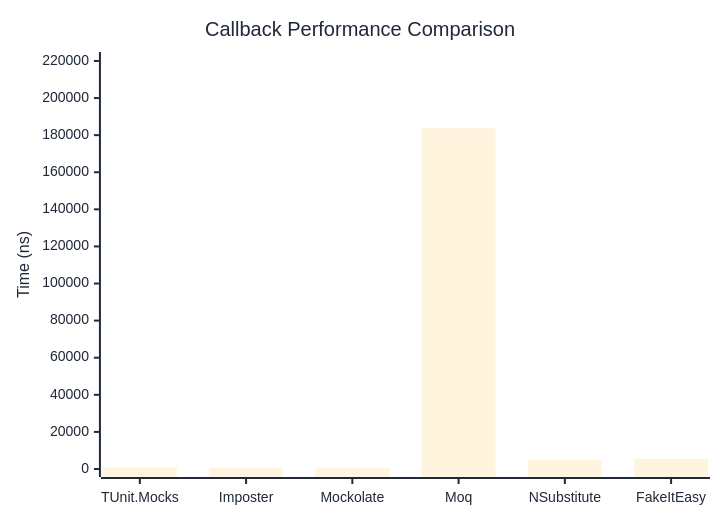
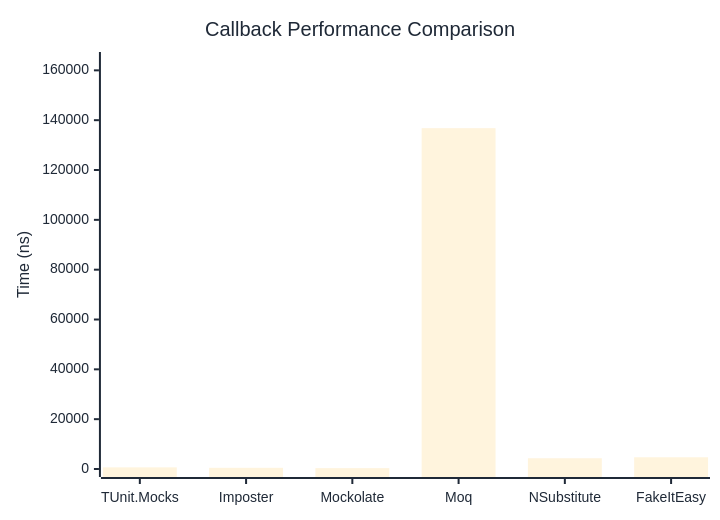
Before and after one commit to thomhurst/TUnit: the first of 2 diagrams in docs/docs/benchmarks/mocks/Callback.md, drawn with Mermaid. The commit also changed other lines of this file and 14 other files, not shown here.

````diff
--- a/docs/docs/benchmarks/mocks/Callback.md
+++ b/docs/docs/benchmarks/mocks/Callback.md
@@ -30,27 +30,27 @@
 ```mermaid
 %%{init: {
   'theme':'base',
   'themeVariables': {
     'primaryColor': '#2563eb',
     'primaryTextColor': '#1f2937',
     'primaryBorderColor': '#1e40af',
     'lineColor': '#6b7280',
     'secondaryColor': '#7c3aed',
     'tertiaryColor': '#dc2626',
     'background': '#ffffff',
     'pie1': '#2563eb',
     'pie2': '#7c3aed',
     'pie3': '#dc2626',
     'pie4': '#f59e0b',
     'pie5': '#10b981',
     'pie6': '#06b6d4',
     'pie7': '#ec4899',
     'pie8': '#6366f1'
   }
 }}%%
 xychart-beta
   title "Callback Performance Comparison"
   x-axis ["TUnit.Mocks", "Imposter", "Mockolate", "Moq", "NSubstitute", "FakeItEasy"]
-  y-axis "Time (ns)" 0 --> 220516
-  bar [848.5, 499.4, 362.5, 183763.3, 4729, 5408.3]
+  y-axis "Time (ns)" 0 --> 164154
+  bar [663.4, 477.5, 348.5, 136794.3, 4316.6, 4707.9]
 ```
````
